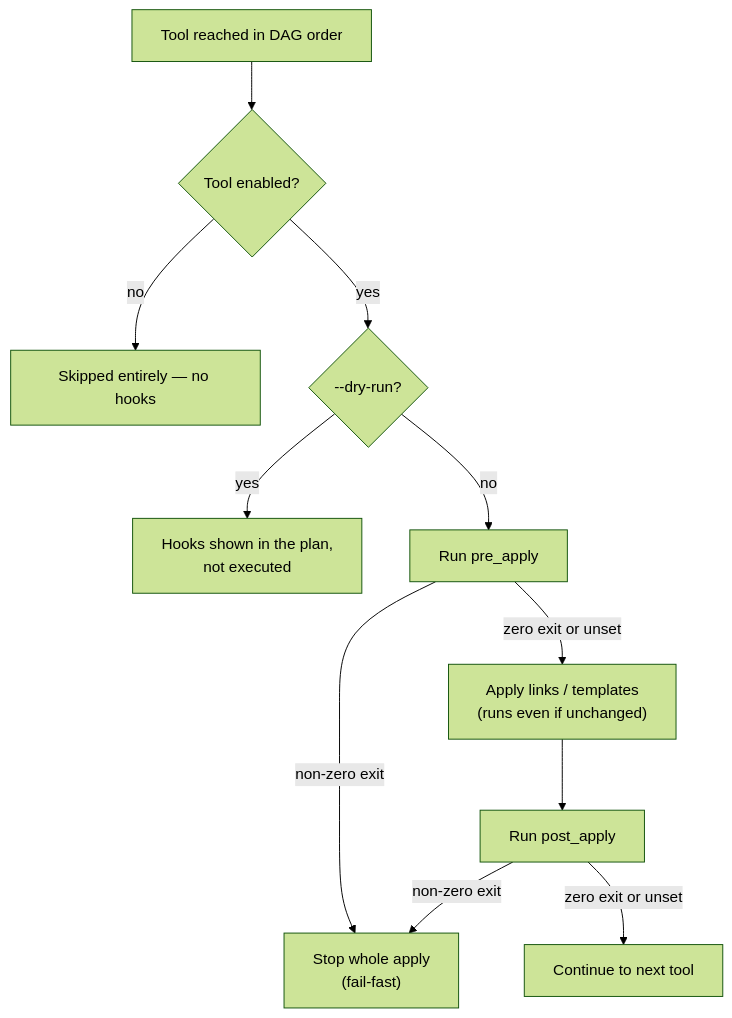
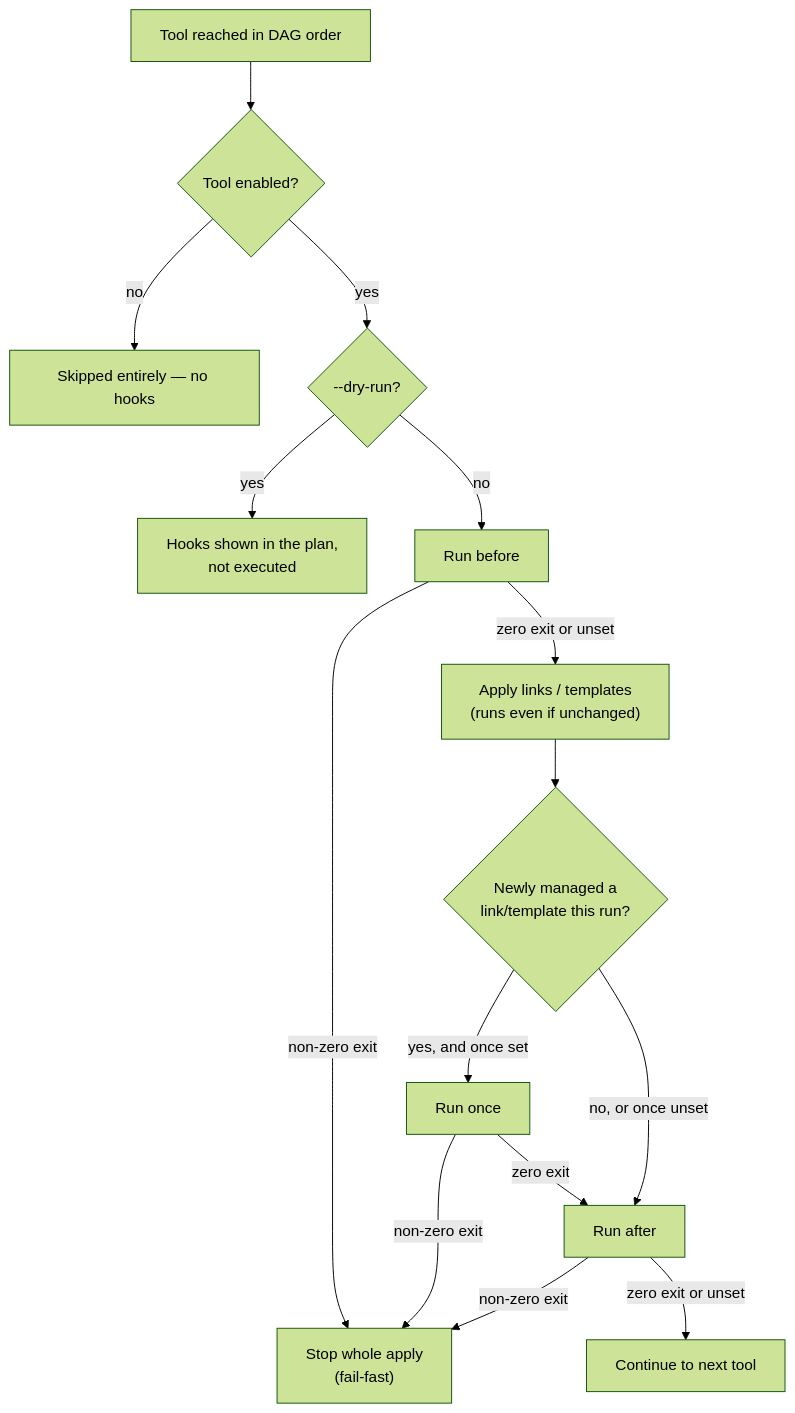
The fourth of 4 diagrams in README.md (rinsyan0518/ten), drawn with Mermaid (forest theme) before and after one commit. The commit also changed other lines of this file and 9 other files, not shown here.

First line of the commit message:
Rename pre_apply/post_apply to before/after, add once hook (#15)

````diff
--- a/README.md
+++ b/README.md
@@ -154,13 +156,17 @@
 ```mermaid
 flowchart TD
     Start["Tool reached in DAG order"] --> Enabled{"Tool enabled?"}
     Enabled -->|no| Skip["Skipped entirely — no hooks"]
     Enabled -->|yes| Dry{"--dry-run?"}
     Dry -->|yes| Plan["Hooks shown in the plan,\nnot executed"]
-    Dry -->|no| Pre["Run pre_apply"]
+    Dry -->|no| Pre["Run before"]
     Pre -->|non-zero exit| Fail["Stop whole apply\n(fail-fast)"]
     Pre -->|zero exit or unset| Res["Apply links / templates\n(runs even if unchanged)"]
-    Res --> Post["Run post_apply"]
+    Res --> New{"Newly managed a\nlink/template this run?"}
+    New -->|yes, and once set| Once["Run once"]
+    New -->|no, or once unset| Post["Run after"]
+    Once -->|non-zero exit| Fail
+    Once -->|zero exit| Post
     Post -->|non-zero exit| Fail
     Post -->|zero exit or unset| Next["Continue to next tool"]
 ```
````
